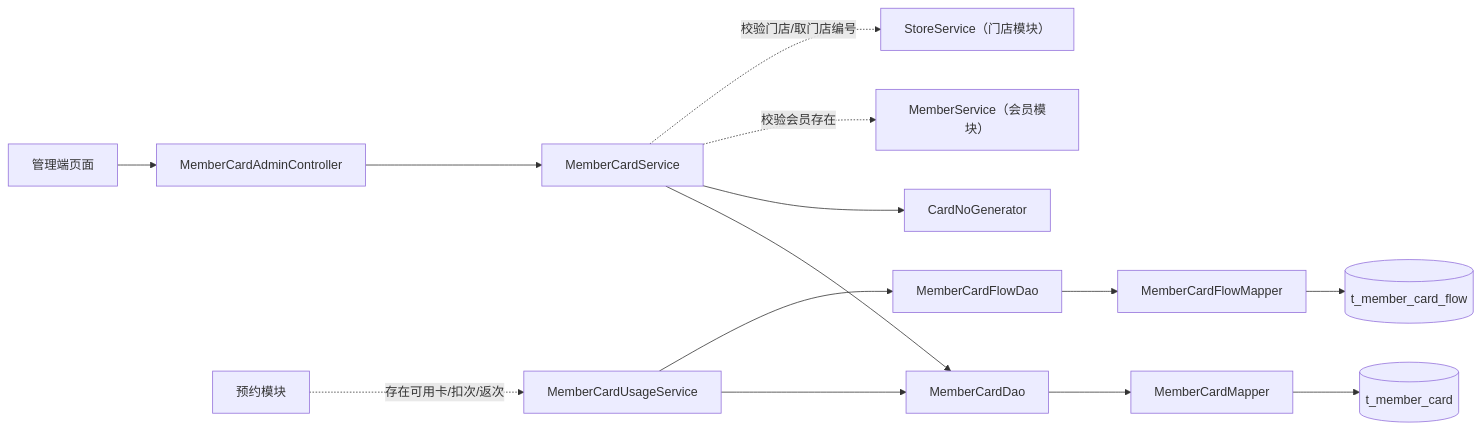
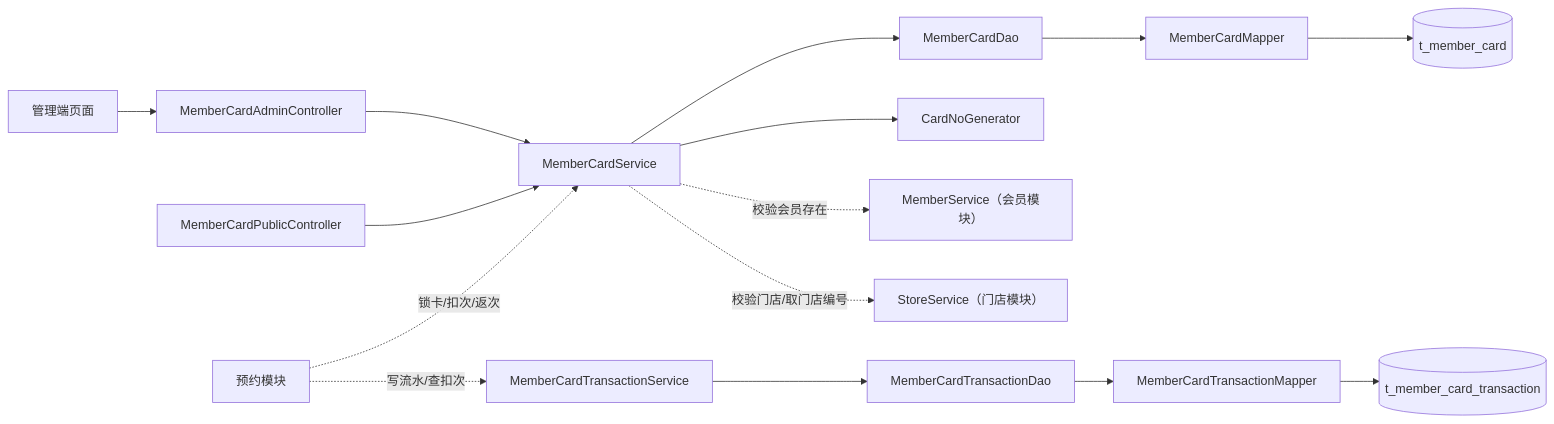
Before and after one commit to duo2530/techplant-yoga: the diagram in docs/详细设计/会员卡管理详细设计.md, drawn with Mermaid. The commit also changed other lines of this file and 4 other files, not shown here.

````diff
--- a/docs/详细设计/会员卡管理详细设计.md
+++ b/docs/详细设计/会员卡管理详细设计.md
@@ -528,12 +523,13 @@
 ```mermaid
 flowchart LR
     C[MemberCardAdminController] --> S[MemberCardService]
+    PC2[MemberCardPublicController] --> S
     S --> D[MemberCardDao] --> M[MemberCardMapper] --> TC[(t_member_card)]
     S --> G[CardNoGenerator]
     S -.校验会员存在.-> MS[MemberService（会员模块）]
     S -.校验门店/取门店编号.-> SS[StoreService（门店模块）]
-    U[MemberCardUsageService] --> D
-    U --> FD[MemberCardFlowDao] --> FM[MemberCardFlowMapper] --> TF[(t_member_card_flow)]
-    BK[预约模块] -.存在可用卡/扣次/返次.-> U
+    T[MemberCardTransactionService] --> FD[MemberCardTransactionDao] --> FM[MemberCardTransactionMapper] --> TF[(t_member_card_transaction)]
+    BK[预约模块] -.锁卡/扣次/返次.-> S
+    BK -.写流水/查扣次.-> T
     PC[管理端页面] --> C
 ```
````
